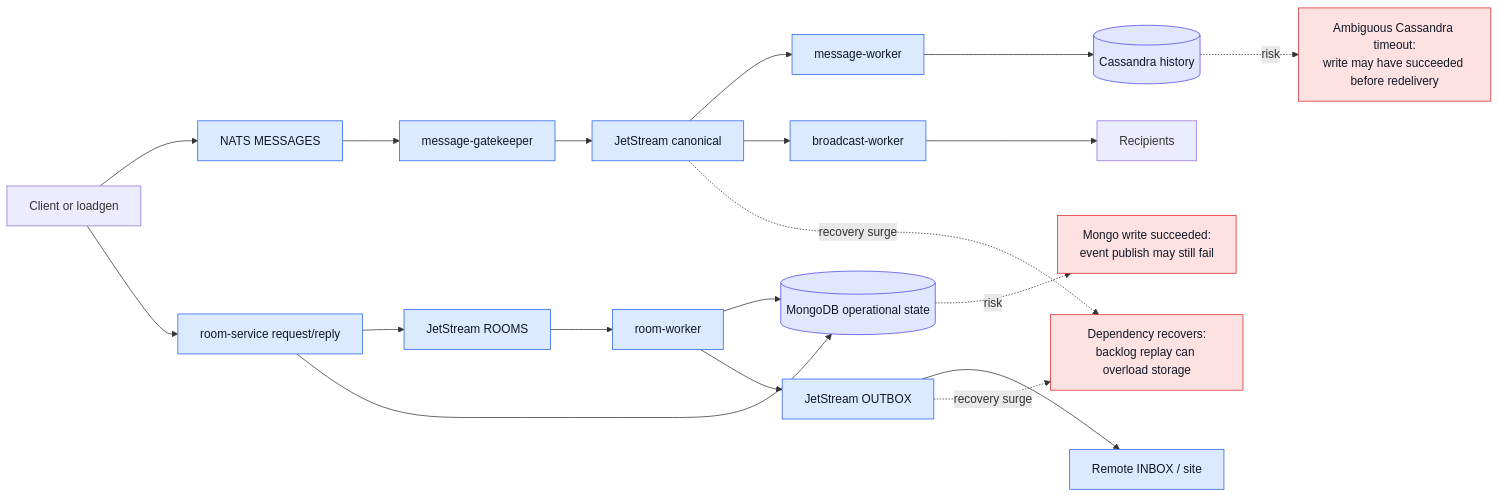
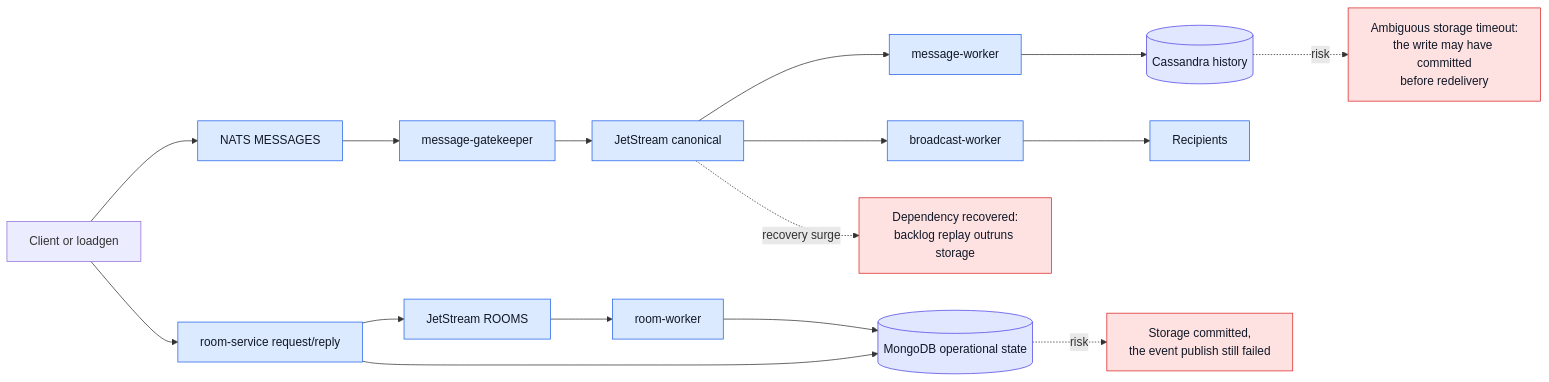
One commit to hmchangw/newchat changed the diagram in docs/load-testing/failure/overview.md. Above: the diagram before and after it, drawn with Mermaid. The commit also changed other lines of this file and 2 other files, not shown here.

````diff
--- a/docs/load-testing/failure/overview.md
+++ b/docs/load-testing/failure/overview.md
@@ -85,41 +33,36 @@
 ```mermaid
 flowchart LR
     Client["Client or loadgen"]
     Msg["NATS MESSAGES"]
     Gate["message-gatekeeper"]
     Canon["JetStream canonical"]
     MW["message-worker"]
     Cass[("Cassandra history")]
     BW["broadcast-worker"]
     Recipient["Recipients"]
 
     RoomRPC["room-service request/reply"]
     Mongo[("MongoDB operational state")]
     Rooms["JetStream ROOMS"]
     RW["room-worker"]
-    Outbox["JetStream OUTBOX"]
-    Remote["Remote INBOX / site"]
 
     Client --> Msg --> Gate --> Canon --> MW --> Cass
     Canon --> BW --> Recipient
-
     Client --> RoomRPC --> Rooms --> RW --> Mongo
     RoomRPC --> Mongo
-    RW --> Outbox --> Remote
 
-    F1["Ambiguous Cassandra timeout:<br/>write may have succeeded before redelivery"]
-    F2["Mongo write succeeded:<br/>event publish may still fail"]
-    F3["Dependency recovers:<br/>backlog replay can overload storage"]
+    F1["Ambiguous storage timeout:<br/>the write may have committed<br/>before redelivery"]
+    F2["Storage committed,<br/>the event publish still failed"]
+    F3["Dependency recovered:<br/>backlog replay outruns storage"]
 
     Cass -. risk .-> F1
     Mongo -. risk .-> F2
     Canon -. recovery surge .-> F3
-    Outbox -. recovery surge .-> F3
 
     classDef system fill:#dbeafe,stroke:#2563eb,color:#111827;
     classDef storage fill:#e0e7ff,stroke:#4f46e5,color:#111827;
     classDef risk fill:#fee2e2,stroke:#dc2626,color:#111827;
-    class Msg,Gate,Canon,MW,BW,RoomRPC,Rooms,RW,Outbox,Remote system;
+    class Msg,Gate,Canon,MW,BW,RoomRPC,Rooms,RW,Recipient system;
     class Cass,Mongo storage;
     class F1,F2,F3 risk;
 ```
````
